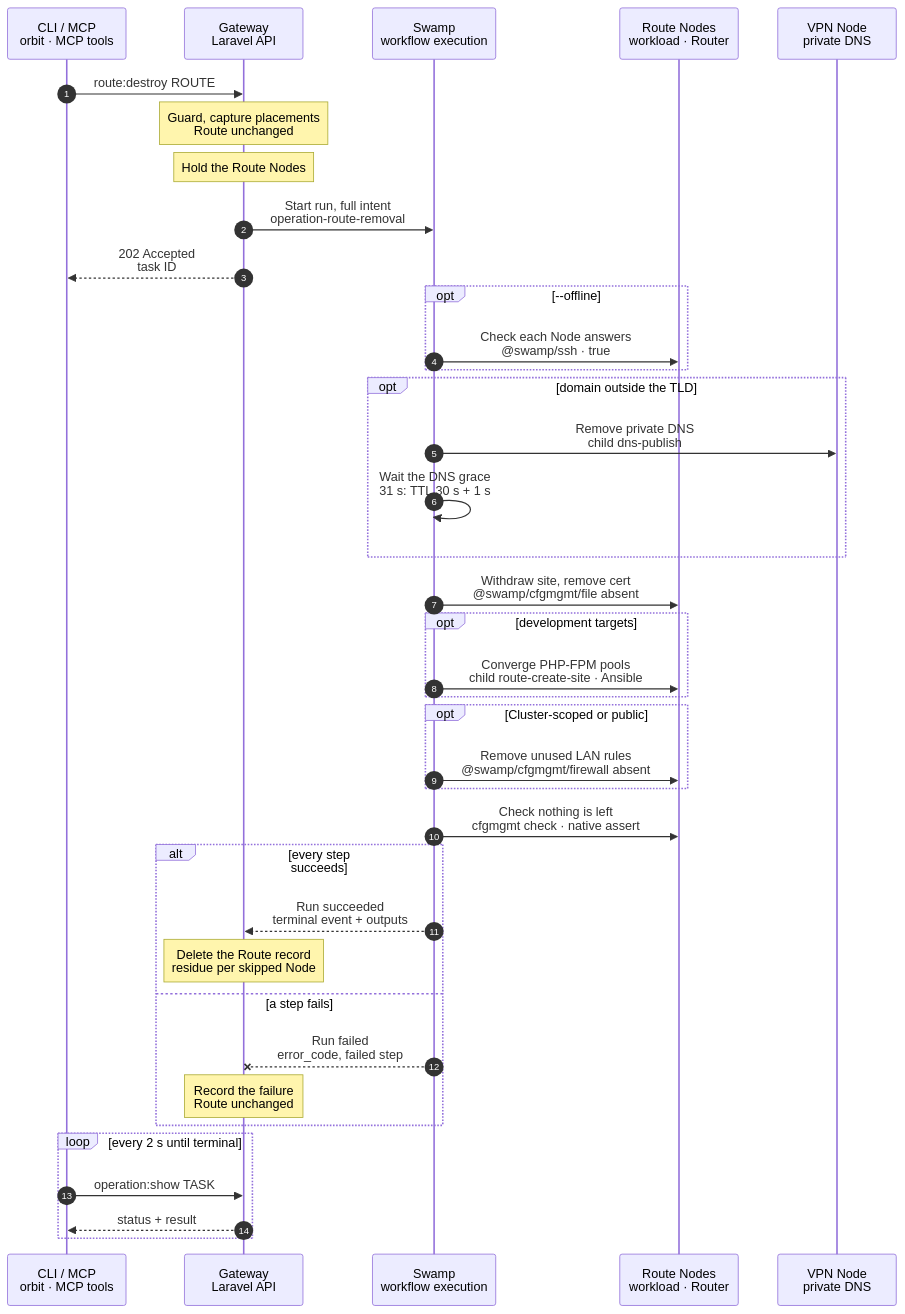
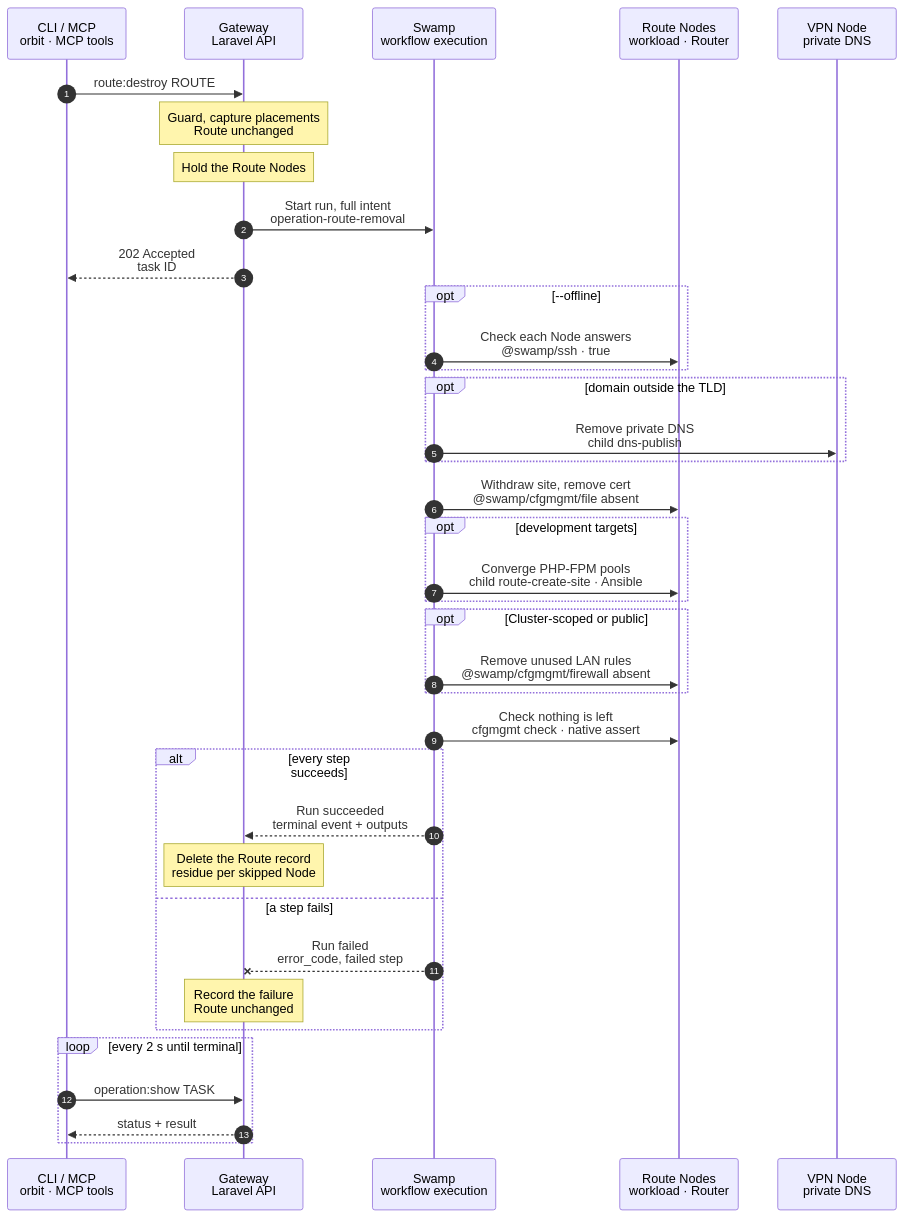
Before and after one commit to hardimpactdev/orbit: the diagram in docs/cli/route/destroy.mmd, drawn with Mermaid. The commit also changed 46 other files, not shown here.

Commit message:
fix(dns): retain uncertain selections and centralize the publication grace

```diff
--- a/docs/cli/route/destroy.mmd
+++ b/docs/cli/route/destroy.mmd
@@ -1,71 +1,72 @@
 sequenceDiagram
   %% Decided: ADR 0248 (2026-11-07): a withdrawal publishes the whole private DNS once, through the shared `dns-publish` child, after the Node's own files.
   %% Decided by the orchestrator, for Nick's review (2026-11-06): the Gateway holds each Route-serving Node from admission to the terminal state; a second Route write on it waits (docs/reference/routes.md#coordinate-publication).
   %% Target design: ADR 0244 task, one Swamp run, official cfgmgmt behaviors and SSH argv commands. docs/reference/routes.md#remove-a-route.
   %% Decided by the orchestrator, for Nick's review (2026-11-06): the Node work of the site child is one Ansible phase (see route:create).
   %% status: draft
   %% command: route:destroy
   %% kind: route.destroy
   autonumber
   %% lane CLI icon=terminal pill=caller tone=gray
   %% lane GW icon=gateway pill=intent tone=blue
   %% lane SW icon=workflow pill=executes tone=green
   %% lane N icon=server pill=target tone=amber
   %% lane V icon=server pill=target tone=purple
   participant CLI as CLI / MCP<br/>orbit · MCP tools
   participant GW as Gateway<br/>Laravel API
   participant SW as Swamp<br/>workflow execution
   participant N as Route Nodes<br/>workload · Router
   participant V as VPN Node<br/>private DNS
   CLI->>GW: route:destroy ROUTE
   Note over GW: Guard, capture placements<br/>Route unchanged
   %%> Replacement that never activated:
   %%> - the run also restores the old domain's URL and DNS; the replaced Route stays
   Note over GW: Hold the Route Nodes
   %%> What it does:
   %%> - holds each Node that serves this Route's site (Caddy and PHP) from admission to the terminal state
   %%> - a second Route write on one of those Nodes waits (task status `waiting`) and starts when the Node is free, oldest first
   %%> Not held:
   %%> - the DNS Node: every publication writes the whole private DNS and the newest revision wins, so two publications cannot lose each other's change
   %%> Limit:
   %%> - two Route writes on one Node run one after the other, so each waits for the other's whole run
   %%> - a newer write waits behind an older waiting one that shares a Node, and a waiting write can be cancelled
   %%> - a timed-out write keeps its Nodes until Swamp confirms that its run stopped, or for 15 minutes
   %%> - task provision and cancel, instance:register and the Cluster Router writes hold the Nodes for their Route-publish step only, through the `route-hold` call
   %%> - a task that waits starts from the Node's live files; a site block that matches none of its captured states still stops it with `owned_revision_conflict`
   GW->>SW: Start run, full intent<br/>operation-route-removal
   GW-->>CLI: 202 Accepted<br/>task ID
   opt --offline
     SW->>N: Check each Node answers<br/>@swamp/ssh · true
     %%> When:
     %%> - a Node that does not answer is skipped and keeps its residue for `node:converge`; the VPN Node is never skipped
   end
   opt domain outside the TLD
     SW->>V: Remove private DNS<br/>child dns-publish
-    SW->>SW: Wait the DNS grace<br/>31 s: TTL 30 s + 1 s
+    %%> What it does:
+    %%> - the shared publication confirms every member and completes its durable 31-second grace before site withdrawal
   end
   SW->>N: Withdraw site, remove cert<br/>@swamp/cfgmgmt/file absent
   opt development targets
     SW->>N: Converge PHP-FPM pools<br/>child route-create-site · Ansible
   end
   opt Cluster-scoped or public
     SW->>N: Remove unused LAN rules<br/>@swamp/cfgmgmt/firewall absent
   end
   SW->>N: Check nothing is left<br/>cfgmgmt check · native assert
   alt every step succeeds
     SW-->>GW: Run succeeded<br/>terminal event + outputs
     Note over GW: Delete the Route record<br/>residue per skipped Node
   else a step fails
     SW--xGW: Run failed<br/>error_code, failed step
     Note over GW: Record the failure<br/>Route unchanged
     %%> Result:
     %%> - the task carries the failed step; the Route stays as it was, because a failed Route would render no site
     %%> On the Nodes:
     %%> - finished steps stay; there is no rollback
     %%> Retry:
     %%> - run the same command again after the fix; every step runs again from the start
   end
   loop every 2 s until terminal
     CLI->>GW: operation:show TASK
     GW-->>CLI: status + result
   end
```
